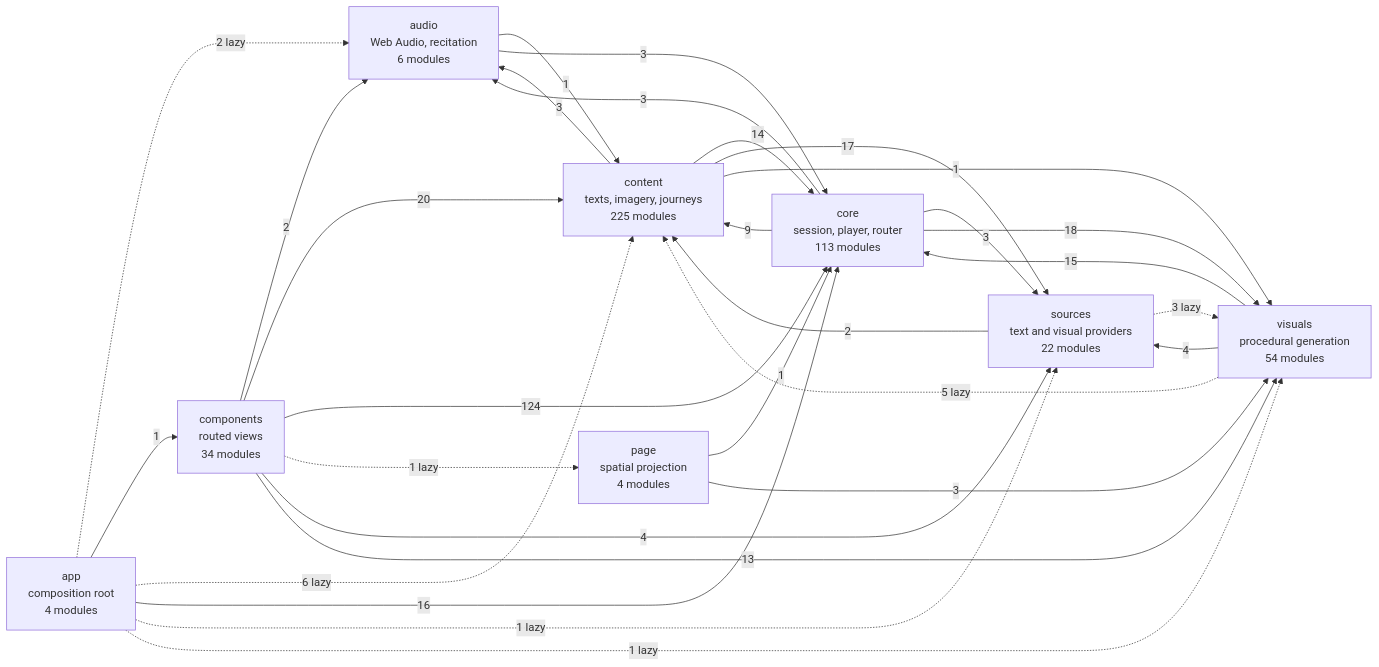
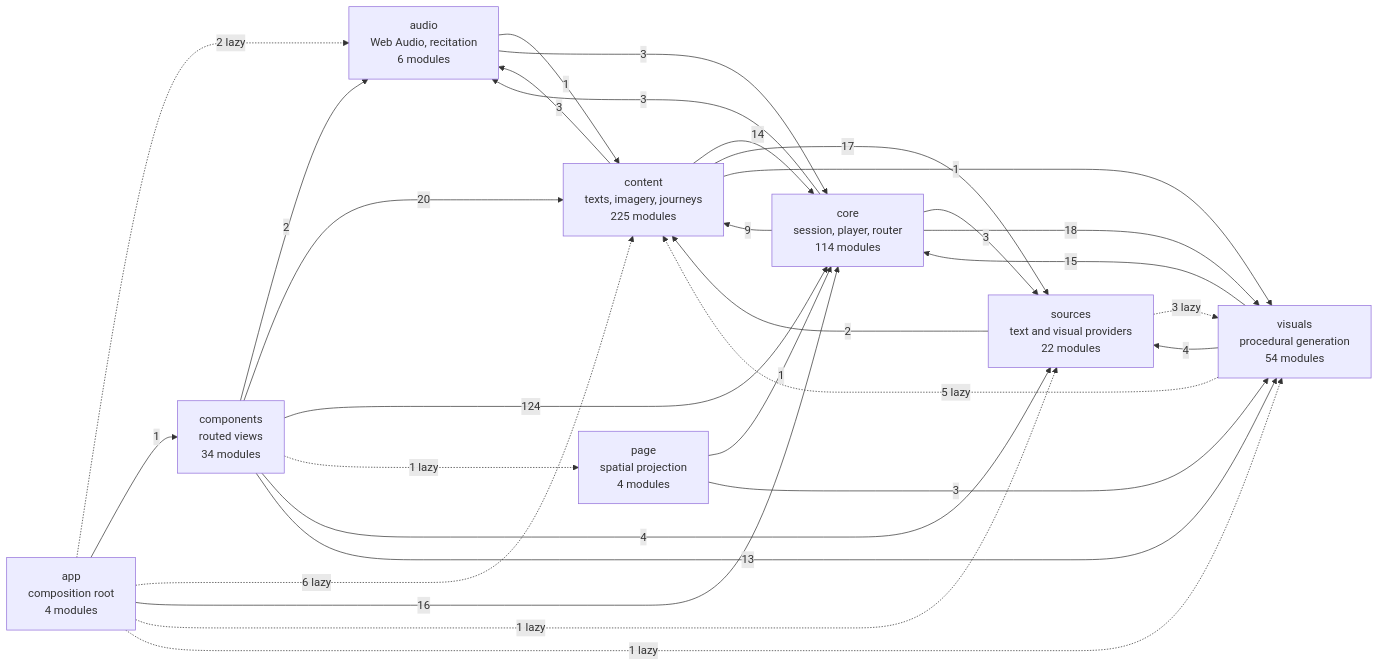
Before and after one commit to SyberLabs/RISE: the diagram in docs/specs/ARCHITECTURE.md, drawn with Mermaid. The commit also changed 9 other files, not shown here.

````diff
--- a/docs/specs/ARCHITECTURE.md
+++ b/docs/specs/ARCHITECTURE.md
@@ -149,41 +149,41 @@
 ```mermaid
 flowchart LR
     app["app<br/>composition root<br/>4 modules"]
     audio["audio<br/>Web Audio, recitation<br/>6 modules"]
     components["components<br/>routed views<br/>34 modules"]
     content["content<br/>texts, imagery, journeys<br/>225 modules"]
-    core["core<br/>session, player, router<br/>113 modules"]
+    core["core<br/>session, player, router<br/>114 modules"]
     page["page<br/>spatial projection<br/>4 modules"]
     sources["sources<br/>text and visual providers<br/>22 modules"]
     visuals["visuals<br/>procedural generation<br/>54 modules"]
 
     app -.-> |2 lazy| audio
     app --> |1| components
     app -.-> |6 lazy| content
     app --> |16| core
     app -.-> |1 lazy| sources
     app -.-> |1 lazy| visuals
     audio --> |1| content
     audio --> |3| core
     components --> |2| audio
     components --> |20| content
     components --> |124| core
     components -.-> |1 lazy| page
     components --> |4| sources
     components --> |13| visuals
     content --> |3| audio
     content --> |14| core
     content --> |17| sources
     content --> |1| visuals
     core --> |3| audio
     core --> |9| content
     core --> |3| sources
     core --> |18| visuals
     page --> |1| core
     page --> |3| visuals
     sources --> |2| content
     sources -.-> |3 lazy| visuals
     visuals -.-> |5 lazy| content
     visuals --> |15| core
     visuals --> |4| sources
 ```
````
